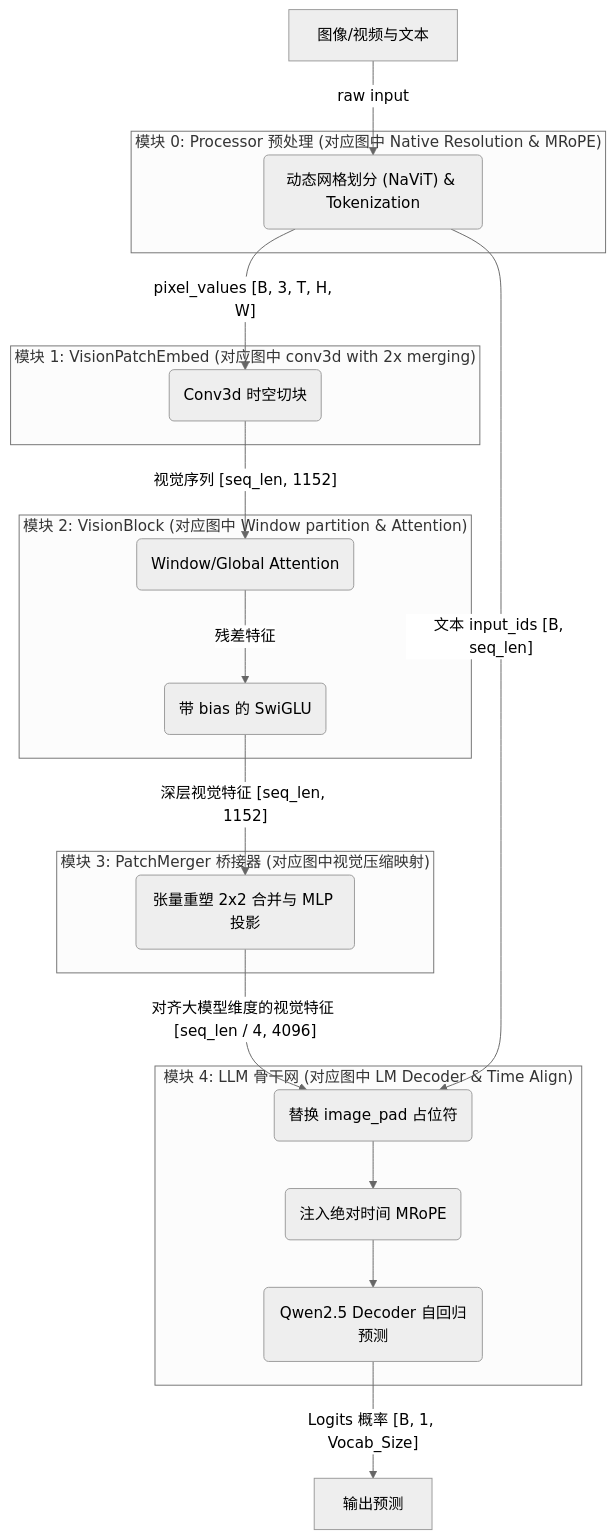
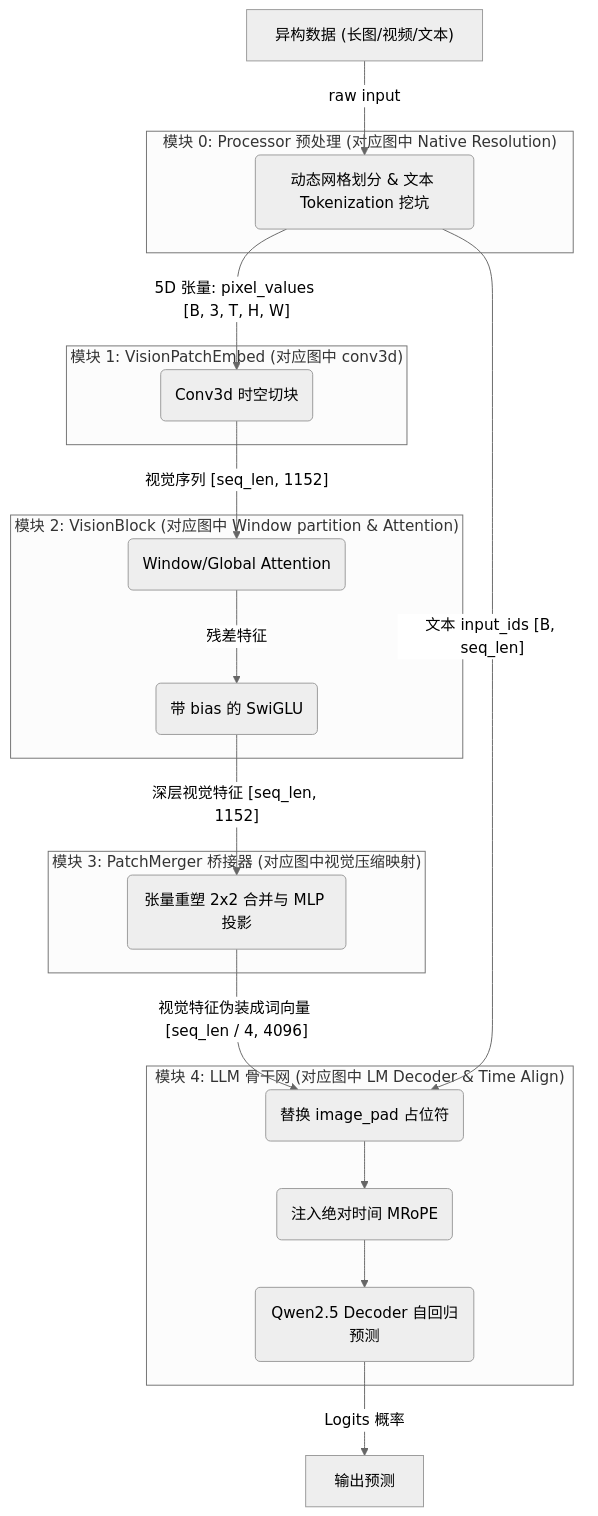
One commit to pokemonAndCodeMaster/llm_knowledge_base changed the first of 2 diagrams in wiki/synthesis/qwen2.5_vl_深度剖析学习指南.md. Above: the diagram before and after it, drawn with Mermaid (neutral theme). The commit also changed other lines of this file and 119 other files, not shown here.

````diff
--- a/wiki/synthesis/qwen2.5_vl_深度剖析学习指南.md
+++ b/wiki/synthesis/qwen2.5_vl_深度剖析学习指南.md
@@ -142,36 +42,36 @@
 ```mermaid
 graph TD
-    subgraph M0 ["模块 0: Processor 预处理 (对应图中 Native Resolution & MRoPE)"]
-        N0_1("动态网格划分 (NaViT) & Tokenization")
+    subgraph M0 ["模块 0: Processor 预处理 (对应图中 Native Resolution)"]
+        N0_1("动态网格划分 & 文本 Tokenization 挖坑")
     end
-    A["图像/视频与文本"] --> |"raw input"| N0_1
+    A["异构数据 (长图/视频/文本)"] --> |"raw input"| N0_1
 
-    subgraph M1 ["模块 1: VisionPatchEmbed (对应图中 conv3d with 2x merging)"]
+    subgraph M1 ["模块 1: VisionPatchEmbed (对应图中 conv3d)"]
         N1_1("Conv3d 时空切块")
     end
-    N0_1 --> |"pixel_values [B, 3, T, H, W]"| N1_1
+    N0_1 --> |"5D 张量: pixel_values [B, 3, T, H, W]"| N1_1
 
     subgraph M2 ["模块 2: VisionBlock (对应图中 Window partition & Attention)"]
         N2_1("Window/Global Attention")
         N2_2("带 bias 的 SwiGLU")
         N2_1 --> |"残差特征"| N2_2
     end
     N1_1 --> |"视觉序列 [seq_len, 1152]"| N2_1
 
     subgraph M3 ["模块 3: PatchMerger 桥接器 (对应图中视觉压缩映射)"]
         N3_1("张量重塑 2x2 合并与 MLP 投影")
     end
     N2_2 --> |"深层视觉特征 [seq_len, 1152]"| N3_1
 
     subgraph M4 ["模块 4: LLM 骨干网 (对应图中 LM Decoder & Time Align)"]
         N4_1("替换 image_pad 占位符")
         N4_2("注入绝对时间 MRoPE")
         N4_3("Qwen2.5 Decoder 自回归预测")
         N4_1 --> N4_2
         N4_2 --> N4_3
     end
-    N3_1 --> |"对齐大模型维度的视觉特征 [seq_len / 4, 4096]"| N4_1
+    N3_1 --> |"视觉特征伪装成词向量 [seq_len / 4, 4096]"| N4_1
     N0_1 --> |"文本 input_ids [B, seq_len]"| N4_1
 
-    N4_3 --> |"Logits 概率 [B, 1, Vocab_Size]"| H["输出预测"]
+    N4_3 --> |"Logits 概率"| H["输出预测"]
 ```
````
